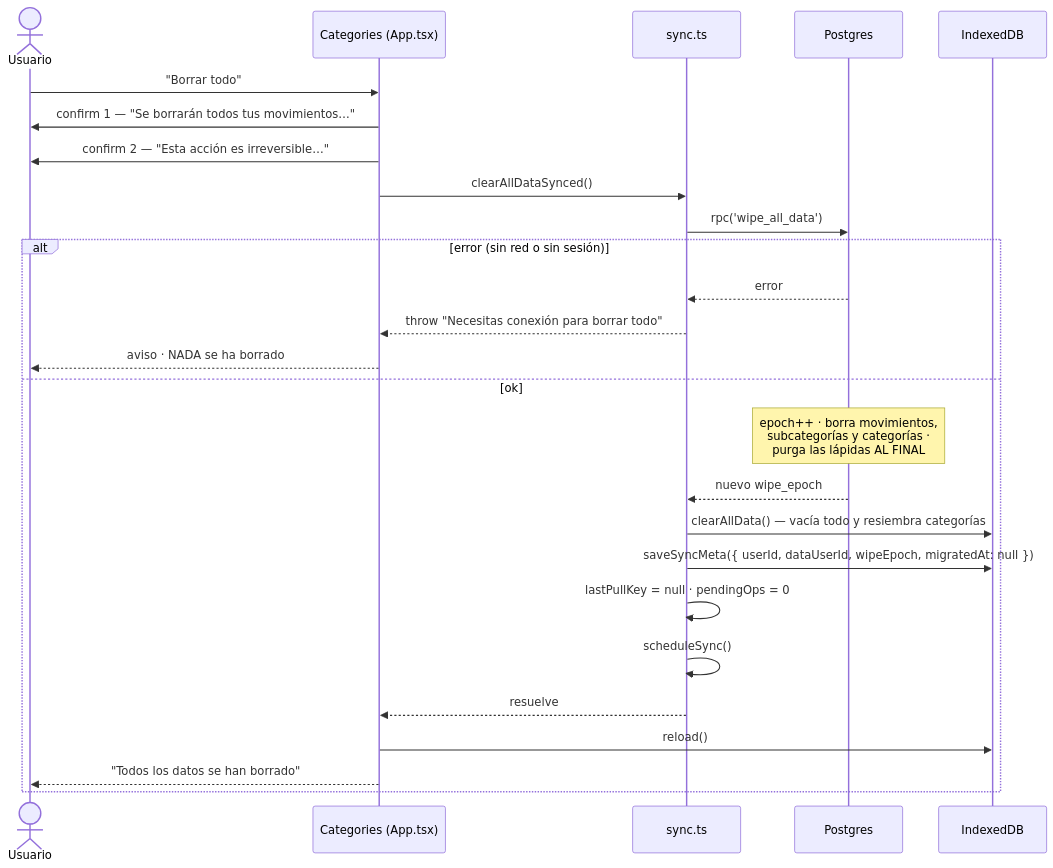
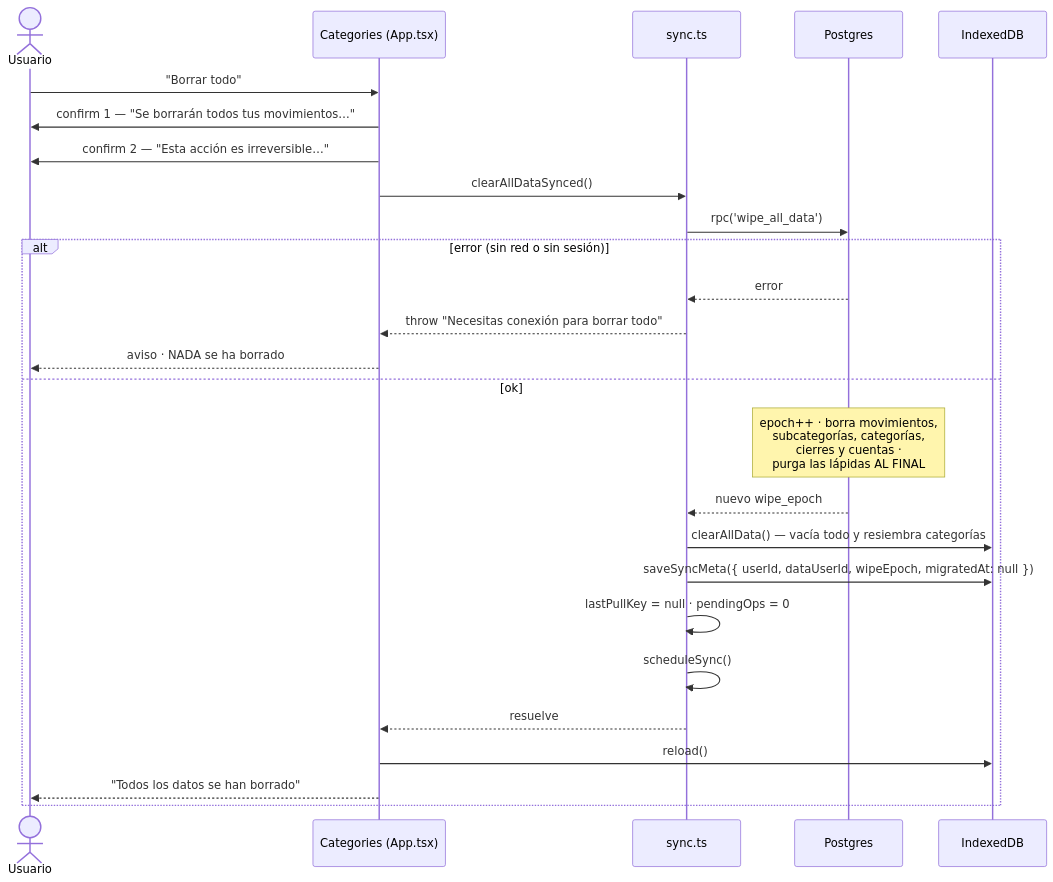
The first of 2 diagrams in docs/flows/borrado-total.md (JoseCarlosCabelloTejero/FinHub), drawn with Mermaid before and after one commit. The commit also changed other lines of this file and 8 other files, not shown here.

````diff
--- a/docs/flows/borrado-total.md
+++ b/docs/flows/borrado-total.md
@@ -21,29 +21,29 @@
 ```mermaid
 sequenceDiagram
     actor U as Usuario
     participant A as Categories (App.tsx)
     participant S as sync.ts
     participant PG as Postgres
     participant DB as IndexedDB
 
     U->>A: "Borrar todo"
     A->>U: confirm 1 — "Se borrarán todos tus movimientos…"
     A->>U: confirm 2 — "Esta acción es irreversible…"
     A->>S: clearAllDataSynced()
     S->>PG: rpc('wipe_all_data')
     alt error (sin red o sin sesión)
         PG-->>S: error
         S-->>A: throw "Necesitas conexión para borrar todo"
         A-->>U: aviso · NADA se ha borrado
     else ok
-        Note over PG: epoch++ · borra movimientos,<br/>subcategorías y categorías ·<br/>purga las lápidas AL FINAL
+        Note over PG: epoch++ · borra movimientos,<br/>subcategorías, categorías,<br/>cierres y cuentas ·<br/>purga las lápidas AL FINAL
         PG-->>S: nuevo wipe_epoch
         S->>DB: clearAllData() — vacía todo y resiembra categorías
         S->>DB: saveSyncMeta({ userId, dataUserId, wipeEpoch, migratedAt: null })
         S->>S: lastPullKey = null · pendingOps = 0
         S->>S: scheduleSync()
         S-->>A: resuelve
         A->>DB: reload()
         A-->>U: "Todos los datos se han borrado"
     end
 ```
````
